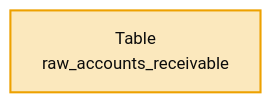
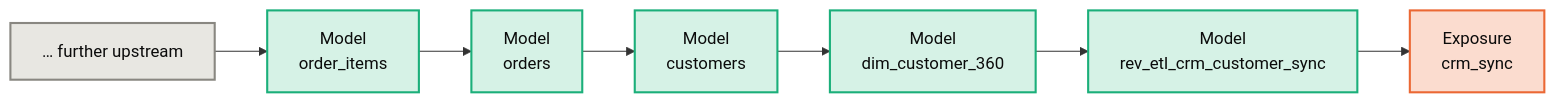
Before and after one commit to Atomz-org/data-platform: the second of 3 diagrams in groups/jaffle/projects/jaffle-shop/kg/architecture.md, drawn with Mermaid. The commit also changed other lines of this file and 8 other files, not shown here.

First line of the commit message:
Regenerate the nine maps from a graph that was actually built

````diff
--- a/groups/jaffle/projects/jaffle-shop/kg/architecture.md
+++ b/groups/jaffle/projects/jaffle-shop/kg/architecture.md
@@ -54,6 +54,14 @@
 ```mermaid
 flowchart LR
-    X0["Table<br/>raw_accounts_receivable"]:::raw
-    X0
-    classDef raw fill:#fbe8bd,stroke:#eda100,stroke-width:2px,color:#0b0b0b
+    XU["… further upstream"]:::neutral
+    X0["Model<br/>order_items"]:::model
+    X1["Model<br/>orders"]:::model
+    X2["Model<br/>customers"]:::model
+    X3["Model<br/>dim_customer_360"]:::model
+    X4["Model<br/>rev_etl_crm_customer_sync"]:::model
+    X5["Exposure<br/>crm_sync"]:::exposure
+    XU --> X0 --> X1 --> X2 --> X3 --> X4 --> X5
+    classDef exposure fill:#fbdccf,stroke:#eb6834,stroke-width:2px,color:#0b0b0b
+    classDef model fill:#d6f2e6,stroke:#1baf7a,stroke-width:2px,color:#0b0b0b
+    classDef neutral fill:#e8e7e2,stroke:#898781,stroke-width:2px,color:#0b0b0b
 ```
````
